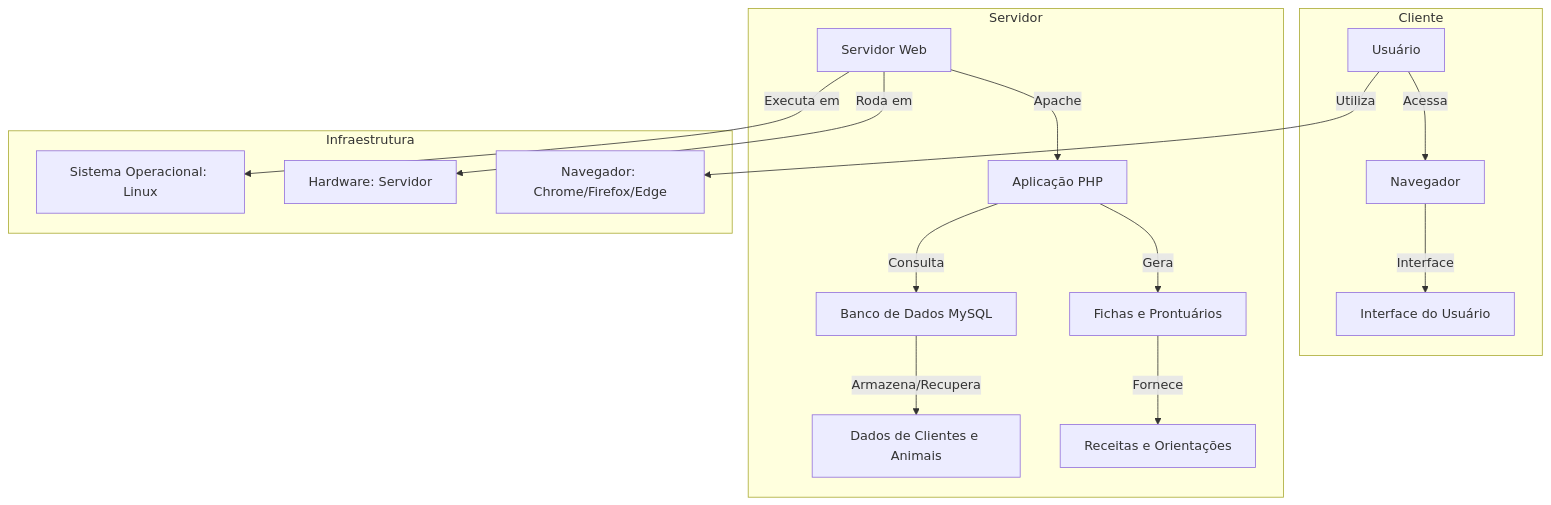
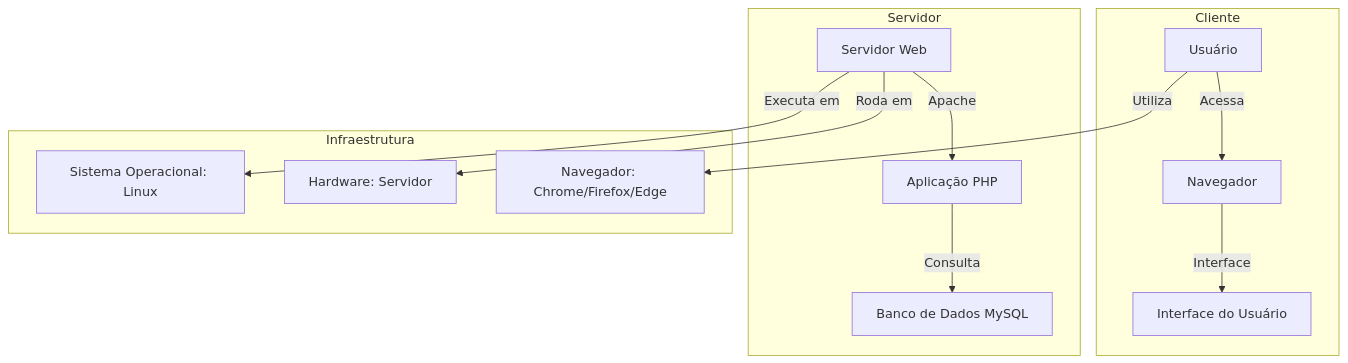
The sixth of 8 diagrams in README.md (Camila-Weber/camila_weber), drawn with Mermaid before and after one commit. The commit also changed other lines of this file, not shown here.

````diff
--- a/README.md
+++ b/README.md
@@ -729,30 +729,27 @@
 ```mermaid
 graph TD;
 
     %% Lado do Cliente
     subgraph Cliente
         A[Usuário] -->|Acessa| B[Navegador]
         B -->|Interface| C[Interface do Usuário]
     end
 
     %% Lado do Servidor
     subgraph Servidor
         D[Servidor Web] -->|Apache| E[Aplicação PHP]
         E -->|Consulta| F[Banco de Dados MySQL]
-        F -->|Armazena/Recupera| G[Dados de Clientes e Animais]
-        E -->|Gera| H[Fichas e Prontuários]
-        H -->|Fornece| I[Receitas e Orientações]
     end
 
     %% Infraestrutura
     subgraph Infraestrutura
         J[Sistema Operacional: Linux]
         K[Hardware: Servidor]
         L[Navegador: Chrome/Firefox/Edge]
     end
 
     %% Conexões
     A -->|Utiliza| L
     D -->|Executa em| J
     D -->|Roda em| K
 ```
````
